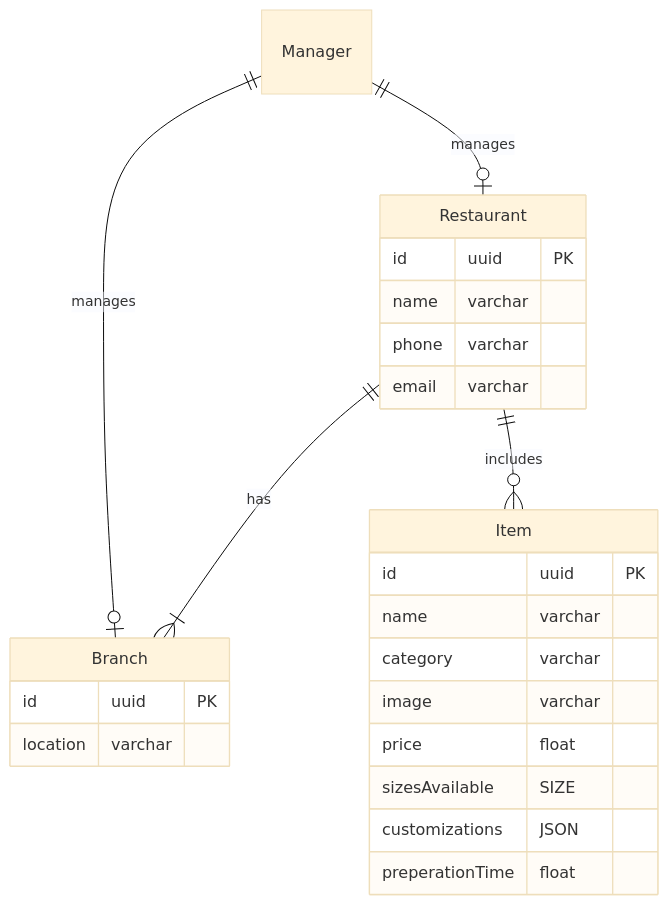
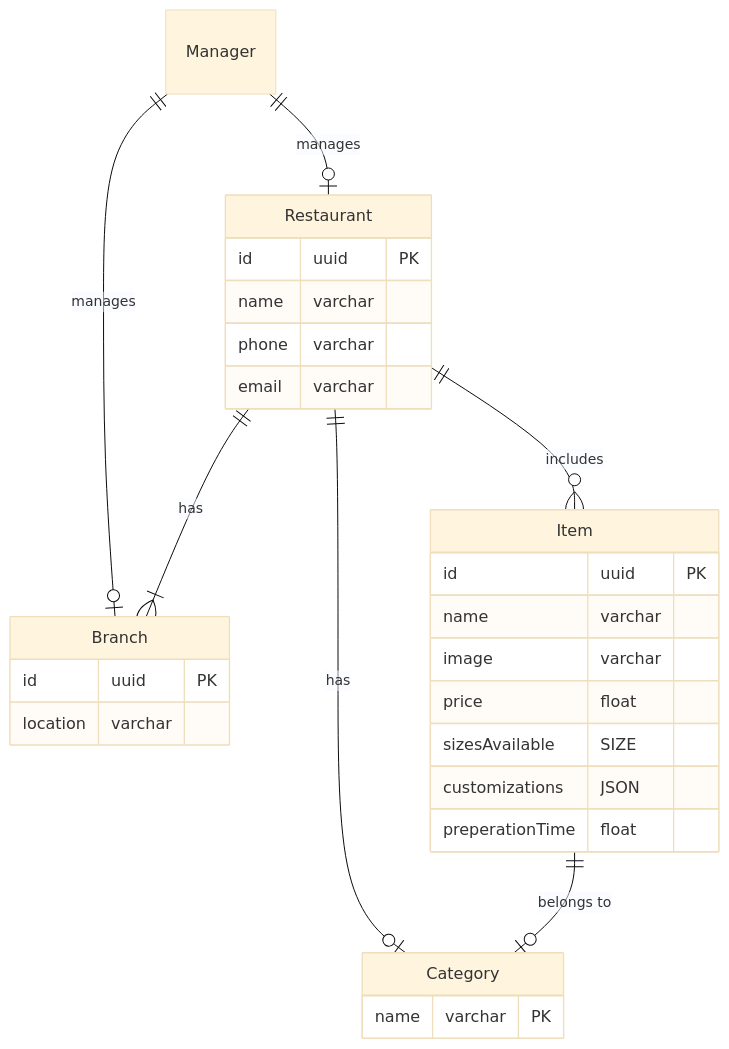
The diagram in docs/Features/Menu Items/ERD.mermaid (devAhmedMustafa/Al-Court-Designs), drawn with Mermaid (base theme) before and after one commit. The commit also changed 18 other files, not shown here.

```diff
--- a/docs/Features/Menu Items/ERD.mermaid
+++ b/docs/Features/Menu Items/ERD.mermaid
@@ -1,34 +1,36 @@
-<div class="mermaid">
 erDiagram
     
     Manager
 
     Restaurant {
         id uuid PK
         name varchar 
         phone varchar
         email varchar
     }
 
     Branch {
         id uuid PK
         location varchar
     }
 
     Item {
         id uuid PK
         name varchar
-        category varchar
         image varchar
         price float
         sizesAvailable SIZE
         customizations JSON
         preperationTime float
     }
+    
+    Category {
+        name varchar PK
+    }
 
     Restaurant ||--|{ Branch : has
     Restaurant ||--o{ Item : includes
     Manager ||--o| Restaurant : manages
     Manager ||--o| Branch : manages
-
-</div>
+    Item ||--o| Category : "belongs to"
+    Restaurant ||--o| Category : "has"
```
